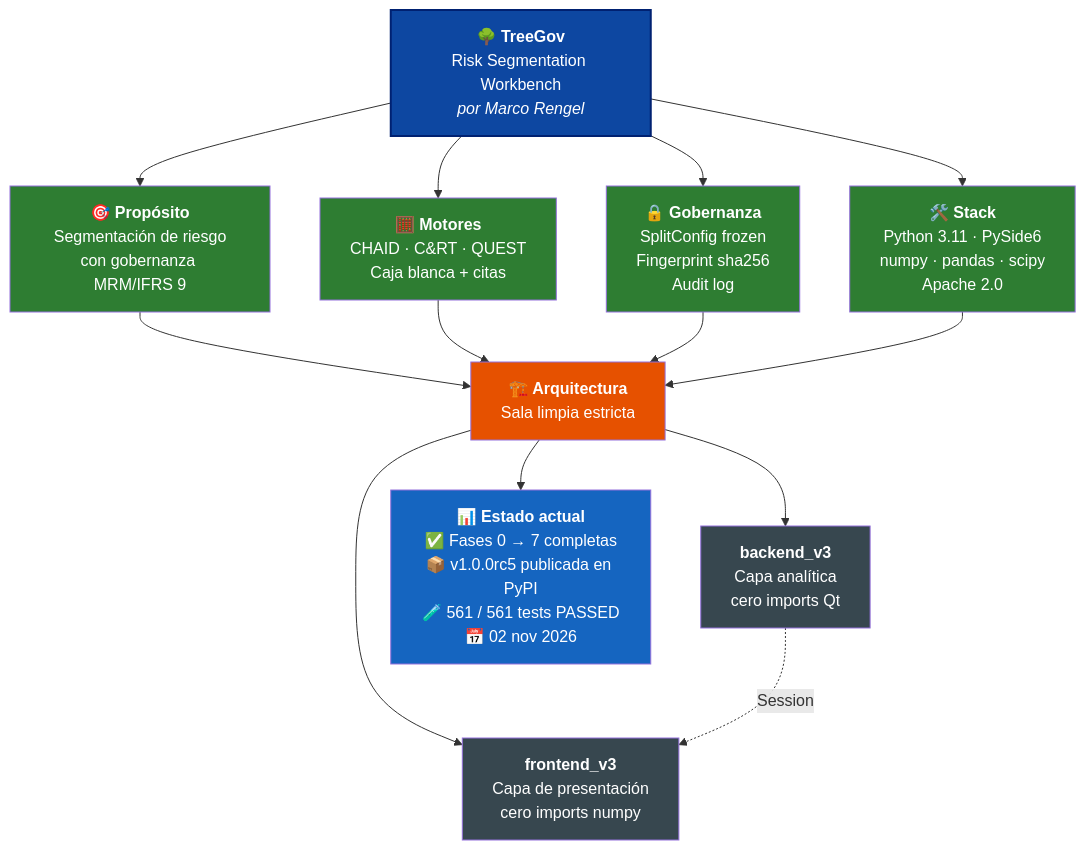
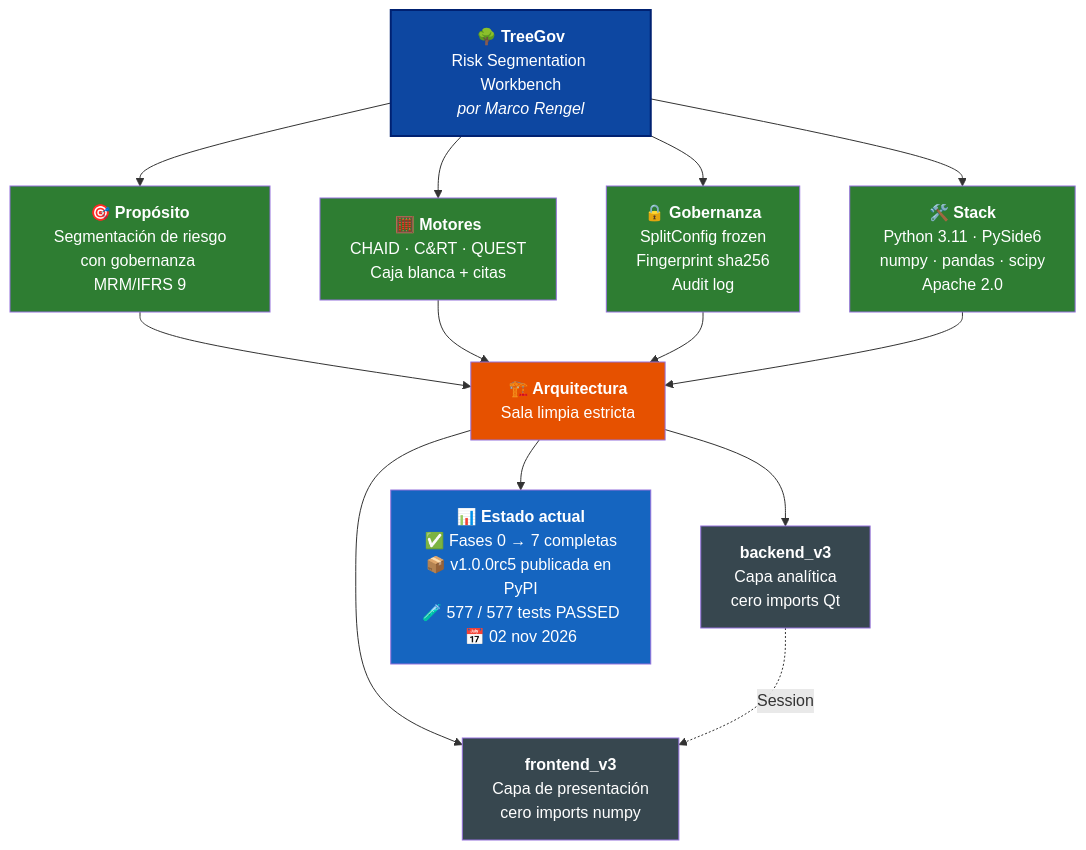
Before and after one commit to Marco-Rengel/treegov: the diagram in README.es.md, drawn with Mermaid. The commit also changed other lines of this file and 11 other files, not shown here.

````diff
--- a/README.es.md
+++ b/README.es.md
@@ -38,31 +38,31 @@
 ```mermaid
 flowchart TB
     TG["<b>🌳 TreeGov</b><br/>Risk Segmentation Workbench<br/><i>por Marco Rengel</i>"]
 
     TG --> P["<b>🎯 Propósito</b><br/>Segmentación de riesgo<br/>con gobernanza MRM/IFRS 9"]
     TG --> M["<b>🧮 Motores</b><br/>CHAID · C&RT · QUEST<br/>Caja blanca + citas"]
     TG --> G["<b>🔒 Gobernanza</b><br/>SplitConfig frozen<br/>Fingerprint sha256<br/>Audit log"]
     TG --> S["<b>🛠️ Stack</b><br/>Python 3.11 · PySide6<br/>numpy · pandas · scipy<br/>Apache 2.0"]
 
     P --> ARQ["<b>🏗️ Arquitectura</b><br/>Sala limpia estricta"]
     M --> ARQ
     G --> ARQ
     S --> ARQ
 
     ARQ --> BE["<b>backend_v3</b><br/>Capa analítica<br/>cero imports Qt"]
     ARQ --> FE["<b>frontend_v3</b><br/>Capa de presentación<br/>cero imports numpy"]
 
     BE -.->|Session| FE
 
-    ARQ --> ST["<b>📊 Estado actual</b><br/>✅ Fases 0 → 7 completas<br/>📦 v1.0.0rc5 publicada en PyPI<br/>🧪 561 / 561 tests PASSED<br/>📅 02 nov 2026"]
+    ARQ --> ST["<b>📊 Estado actual</b><br/>✅ Fases 0 → 7 completas<br/>📦 v1.0.0rc5 publicada en PyPI<br/>🧪 577 / 577 tests PASSED<br/>📅 02 nov 2026"]
 
     style TG fill:#0D47A1,color:#fff,stroke:#002171,stroke-width:2px
     style P fill:#2E7D32,color:#fff
     style M fill:#2E7D32,color:#fff
     style G fill:#2E7D32,color:#fff
     style S fill:#2E7D32,color:#fff
     style ARQ fill:#E65100,color:#fff
     style BE fill:#37474F,color:#fff
     style FE fill:#37474F,color:#fff
     style ST fill:#1565C0,color:#fff
 ```
````
